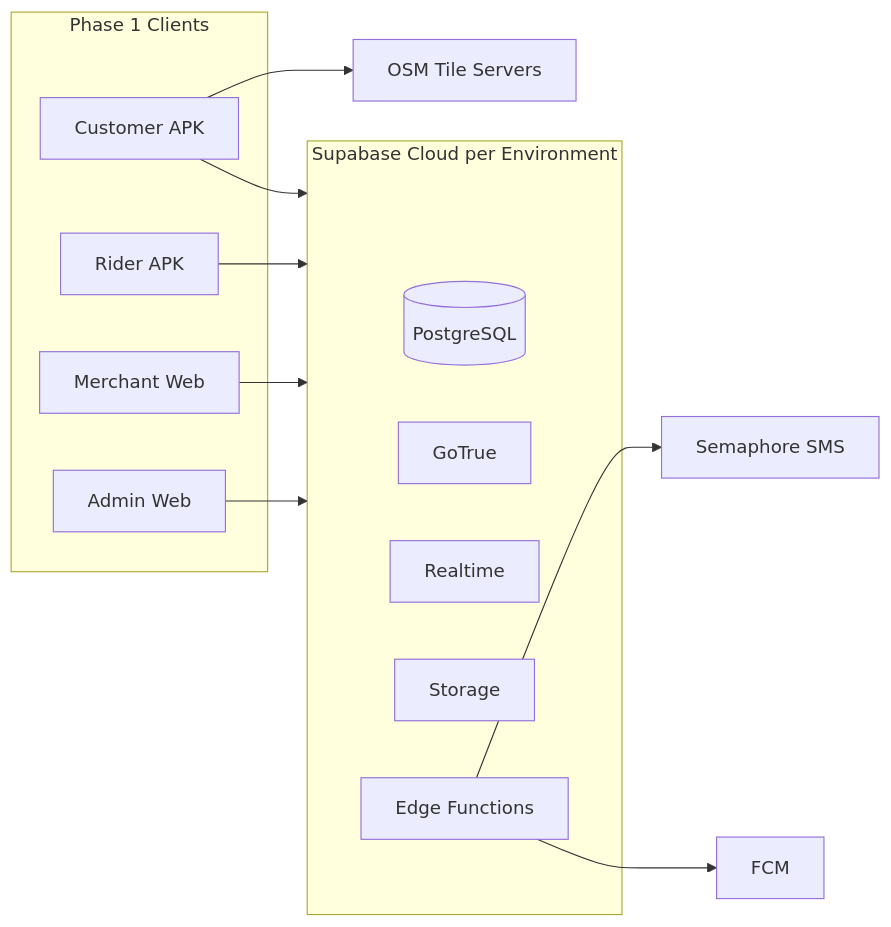
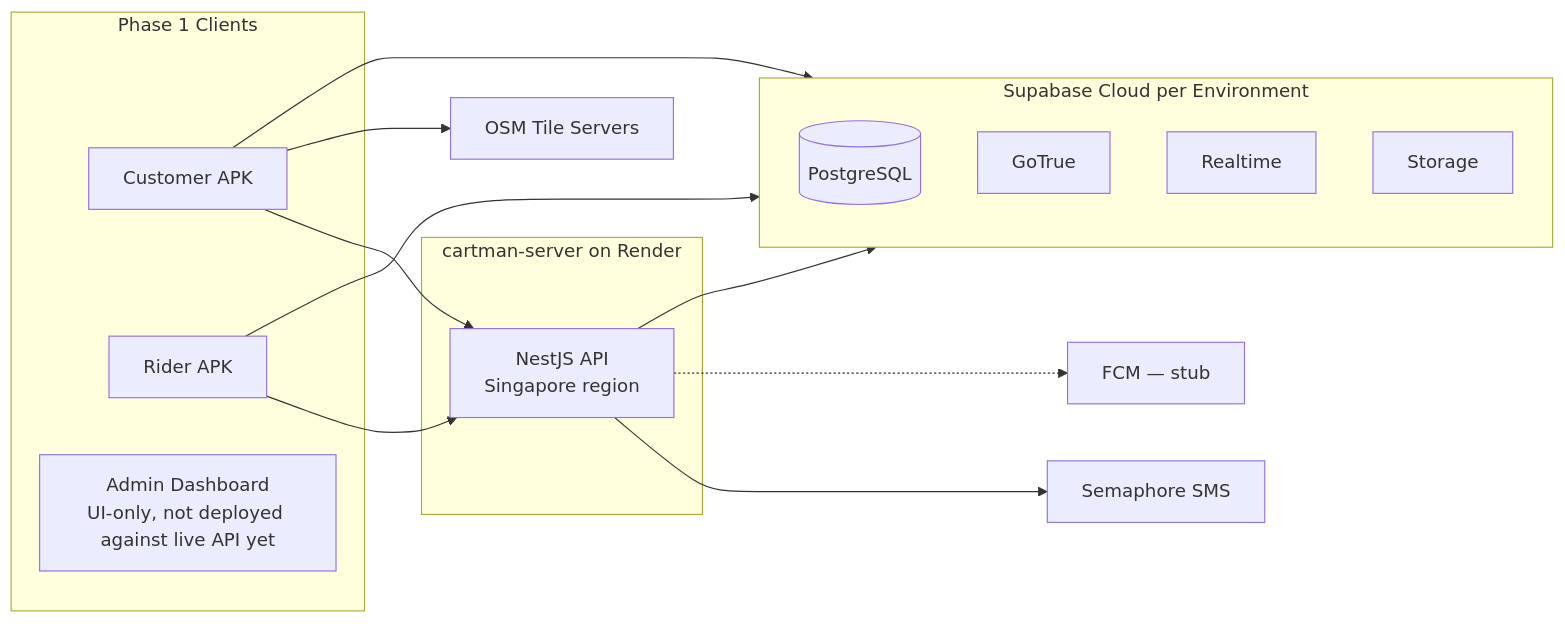
Diagram 14 of 14 in ARCHITECTURE.md (xzen-projects/cartman-ph-docs), drawn with Mermaid before and after one commit. The commit also changed other lines of this file, not shown here.

First line of the commit message:
docs: reconcile ARCHITECTURE.md with implemented server reality

````diff
--- a/ARCHITECTURE.md
+++ b/ARCHITECTURE.md
@@ -834,29 +877,32 @@
 ```mermaid
 flowchart LR
   subgraph clients [Phase 1 Clients]
     AndroidCust[Customer APK]
     AndroidRider[Rider APK]
-    WebMerchant[Merchant Web]
-    WebAdmin[Admin Web]
+    WebAdmin[Admin Dashboard\nUI-only, not deployed against live API yet]
+  end
+
+  subgraph server [cartman-server on Render]
+    NestAPI[NestJS API\nSingapore region]
   end
 
   subgraph supa [Supabase Cloud per Environment]
     PG[(PostgreSQL)]
     AuthSvc[GoTrue]
     RTSvc[Realtime]
     StorageSvc[Storage]
-    EdgeSvc[Edge Functions]
   end
 
-  FCM[FCM]
+  FCM[FCM — stub]
   Semaphore[Semaphore SMS]
   OSM[OSM Tile Servers]
 
+  AndroidCust --> NestAPI
+  AndroidRider --> NestAPI
   AndroidCust --> supa
   AndroidRider --> supa
-  WebMerchant --> supa
-  WebAdmin --> supa
   AndroidCust --> OSM
-  EdgeSvc --> Semaphore
-  EdgeSvc --> FCM
+  NestAPI --> supa
+  NestAPI --> Semaphore
+  NestAPI -.-> FCM
 ```
````
